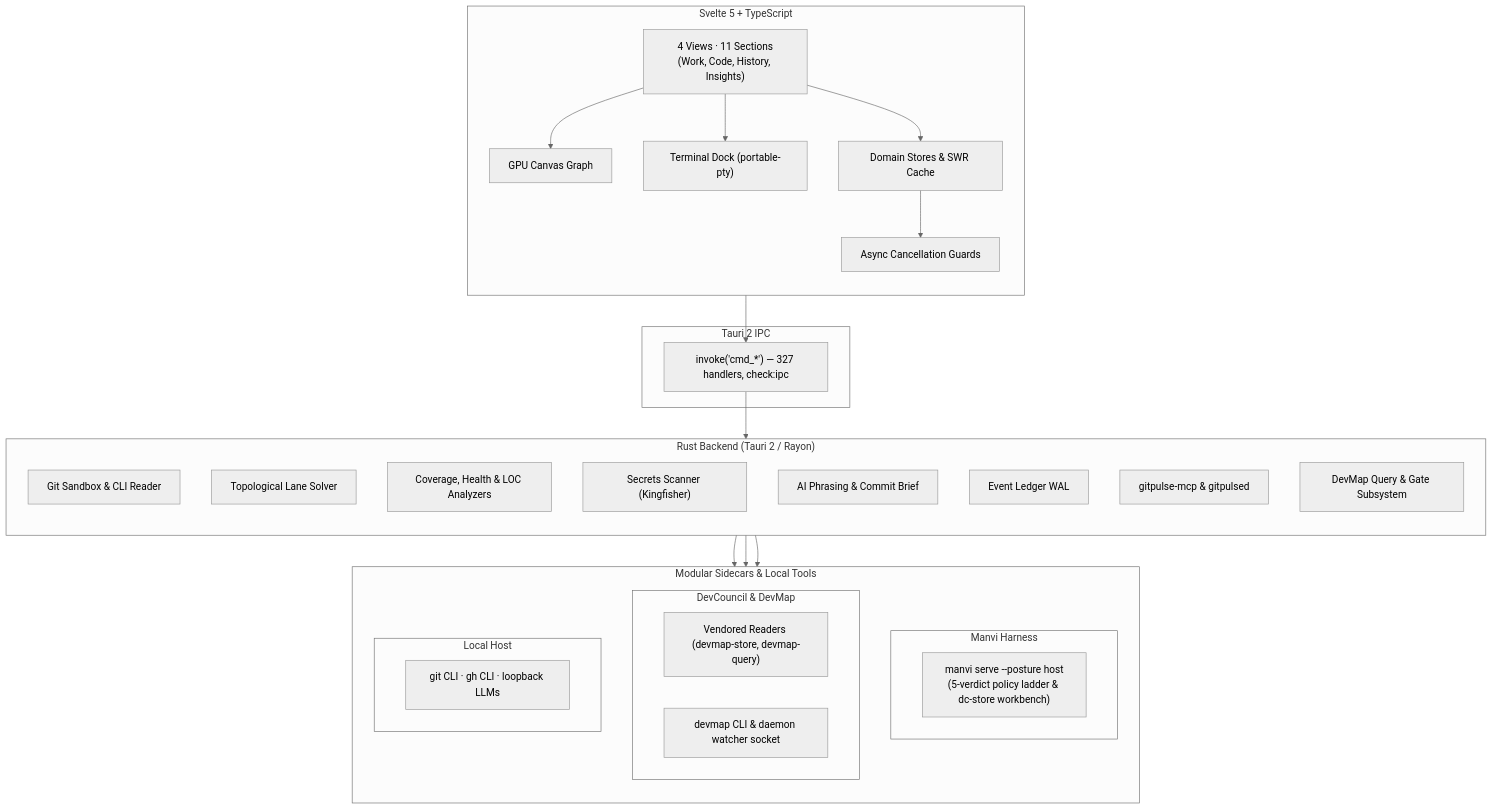
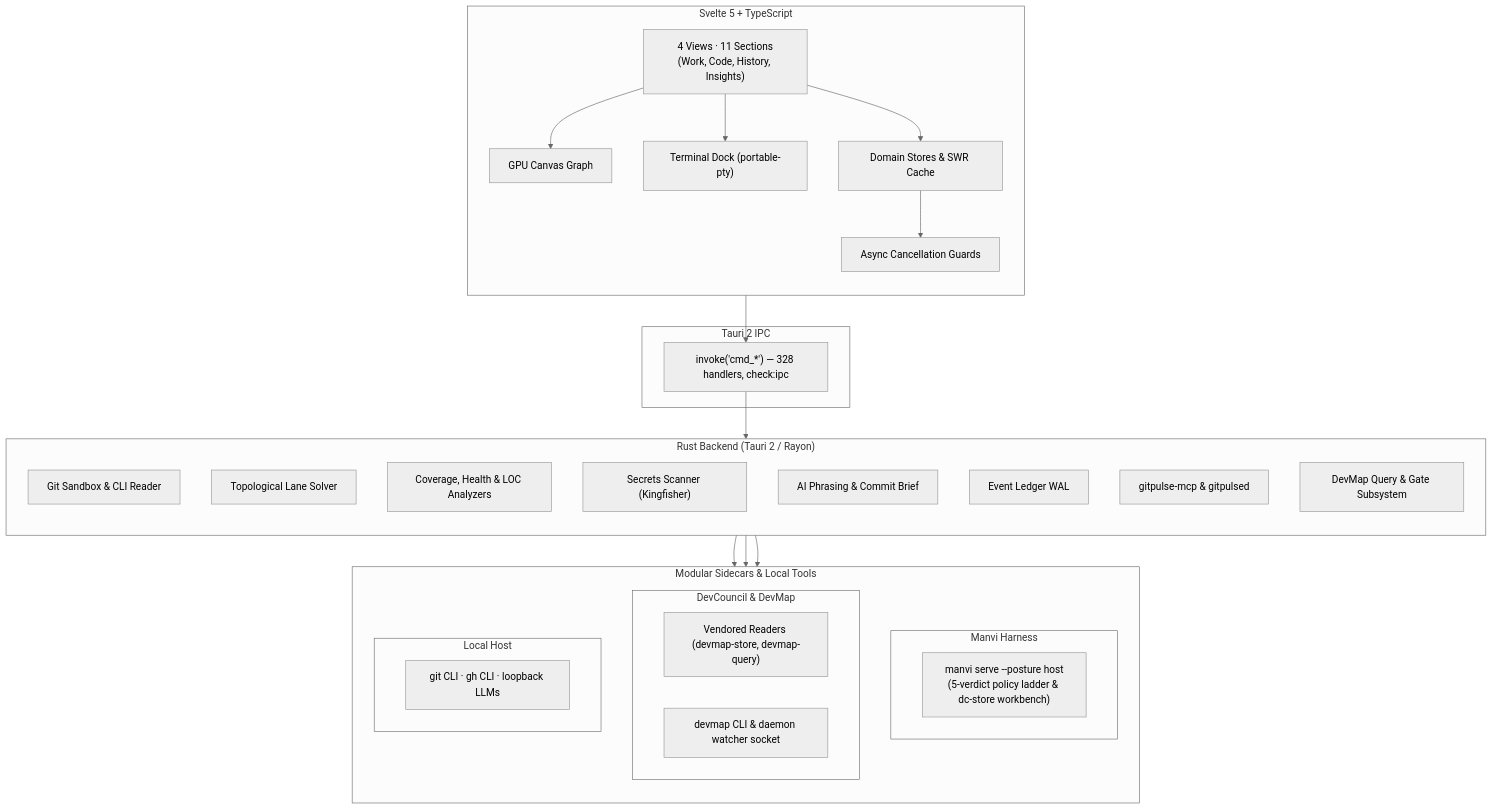
The first of 2 diagrams in wiki/Architecture.md (bharathvbcr/GitPulse), drawn with Mermaid (neutral theme) before and after one commit. The commit also changed other lines of this file and 14 other files, not shown here.

Commit message:
docs: update v2.0 (1.99.0) release notes, README roadmap, and guides

````diff
--- a/wiki/Architecture.md
+++ b/wiki/Architecture.md
@@ -7,50 +7,50 @@
 ```mermaid
 flowchart TB
     subgraph Frontend["Svelte 5 + TypeScript"]
         direction TB
         Views["4 Views · 11 Sections<br/>(Work, Code, History, Insights)"]
         Canvas["GPU Canvas Graph"]
         Dock["Terminal Dock (portable-pty)"]
         Stores["Domain Stores & SWR Cache"]
         Guards["Async Cancellation Guards"]
         Views --> Canvas
         Views --> Dock
         Views --> Stores --> Guards
     end
 
     subgraph IPC["Tauri 2 IPC"]
-        Bridge["invoke('cmd_*') — 327 handlers, check:ipc"]
+        Bridge["invoke('cmd_*') — 328 handlers, check:ipc"]
     end
 
     subgraph Backend["Rust Backend (Tauri 2 / Rayon)"]
         direction TB
         Git["Git Sandbox & CLI Reader"]
         Graph["Topological Lane Solver"]
         Analyzers["Coverage, Health & LOC Analyzers"]
         Secrets["Secrets Scanner (Kingfisher)"]
         AI["AI Phrasing & Commit Brief"]
         Ledger["Event Ledger WAL"]
         MCP["gitpulse-mcp & gitpulsed"]
         DevMapSubsys["DevMap Query & Gate Subsystem"]
     end
 
     subgraph Integrations["Modular Sidecars & Local Tools"]
         direction TB
         subgraph ManviBox["Manvi Harness"]
             Manvi["manvi serve --posture host<br/>(5-verdict policy ladder & dc-store workbench)"]
         end
         subgraph DevCouncilBox["DevCouncil & DevMap"]
             Vendored["Vendored Readers (devmap-store, devmap-query)"]
             DevMapCLI["devmap CLI & daemon watcher socket"]
         end
         subgraph LocalBox["Local Host"]
             LocalTools["git CLI · gh CLI · loopback LLMs"]
         end
     end
 
     Guards --> Bridge
     Bridge --> Backend
     Backend --> ManviBox
     Backend --> DevCouncilBox
     Backend --> LocalBox
 ```
````
